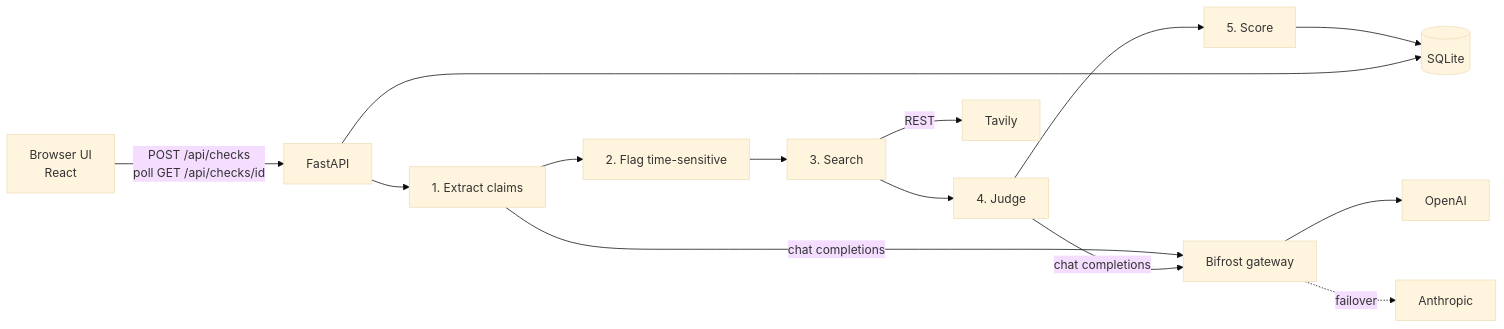
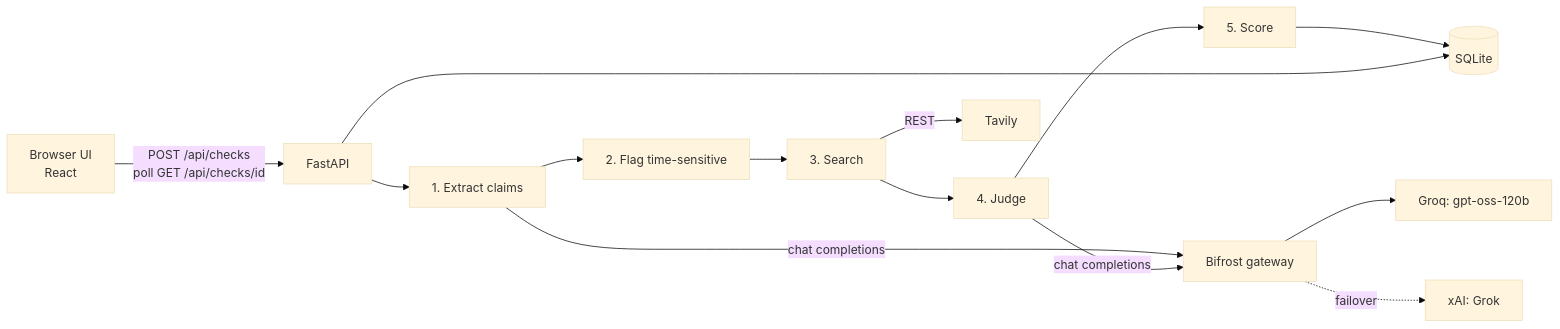
Before and after one commit to 6rzan/StaleGuard: the diagram in README.md, drawn with Mermaid (base theme). The commit also changed other lines of this file and 3 other files, not shown here.

````diff
--- a/README.md
+++ b/README.md
@@ -66,16 +66,16 @@
 ```mermaid
 flowchart LR
     UI["Browser UI<br/>React"] -->|"POST /api/checks<br/>poll GET /api/checks/id"| API["FastAPI"]
     API --> EX["1. Extract claims"]
     EX --> FL["2. Flag time-sensitive"]
     FL --> SE["3. Search"]
     SE --> JU["4. Judge"]
     JU --> SC["5. Score"]
     SC --> DB[("SQLite")]
     API --> DB
     EX -->|chat completions| BF["Bifrost gateway"]
     JU -->|chat completions| BF
-    BF --> P1["OpenAI"]
-    BF -.->|failover| P2["Anthropic"]
+    BF --> P1["Groq: gpt-oss-120b"]
+    BF -.->|failover| P2["xAI: Grok"]
     SE -->|REST| TV["Tavily"]
 ```
````
